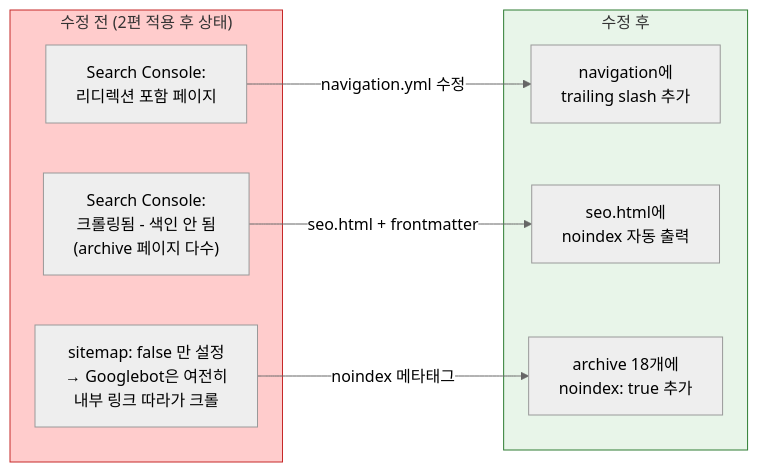
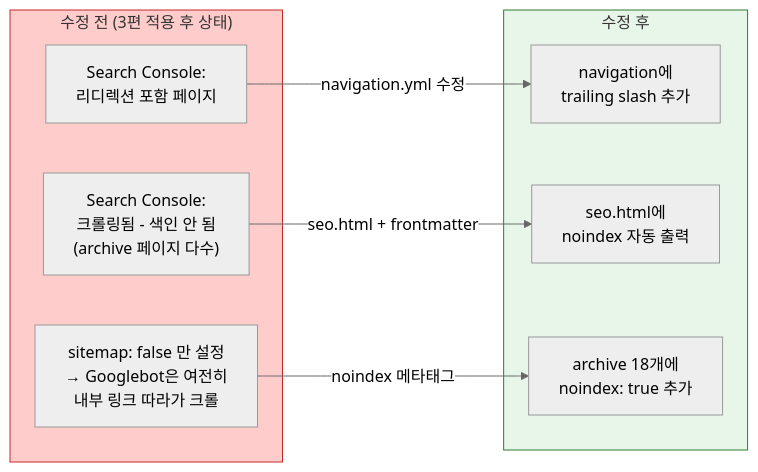
Before and after one commit to cmaven/cmaven.github.io: the second of 2 diagrams in _posts/blog/2026-05-03-search-console-noindex-redirect-cleanup.md, drawn with Mermaid (neutral theme). The commit also changed other lines of this file and 3 other files, not shown here.

```diff
--- a/_posts/blog/2026-05-03-search-console-noindex-redirect-cleanup.md
+++ b/_posts/blog/2026-05-03-search-console-noindex-redirect-cleanup.md
@@ -332,21 +333,21 @@
 <pre class="mermaid">
 graph LR
-    subgraph Before["수정 전 (2편 적용 후 상태)"]
+    subgraph Before["수정 전 (3편 적용 후 상태)"]
         B1["Search Console:<br/>리디렉션 포함 페이지"]
         B2["Search Console:<br/>크롤링됨 - 색인 안 됨<br/>(archive 페이지 다수)"]
         B3["sitemap: false 만 설정<br/>→ Googlebot은 여전히<br/>내부 링크 따라가 크롤"]
     end
 
     subgraph After["수정 후"]
         A1["navigation에<br/>trailing slash 추가"]
         A2["seo.html에<br/>noindex 자동 출력"]
         A3["archive 18개에<br/>noindex: true 추가"]
     end
 
     B1 -->|navigation.yml 수정| A1
     B2 -->|seo.html + frontmatter| A2
     B3 -->|noindex 메타태그| A3
 
     style Before fill:#ffcccc,stroke:#c62828
     style After fill:#e8f5e9,stroke:#2e7d32
 </pre>
```
